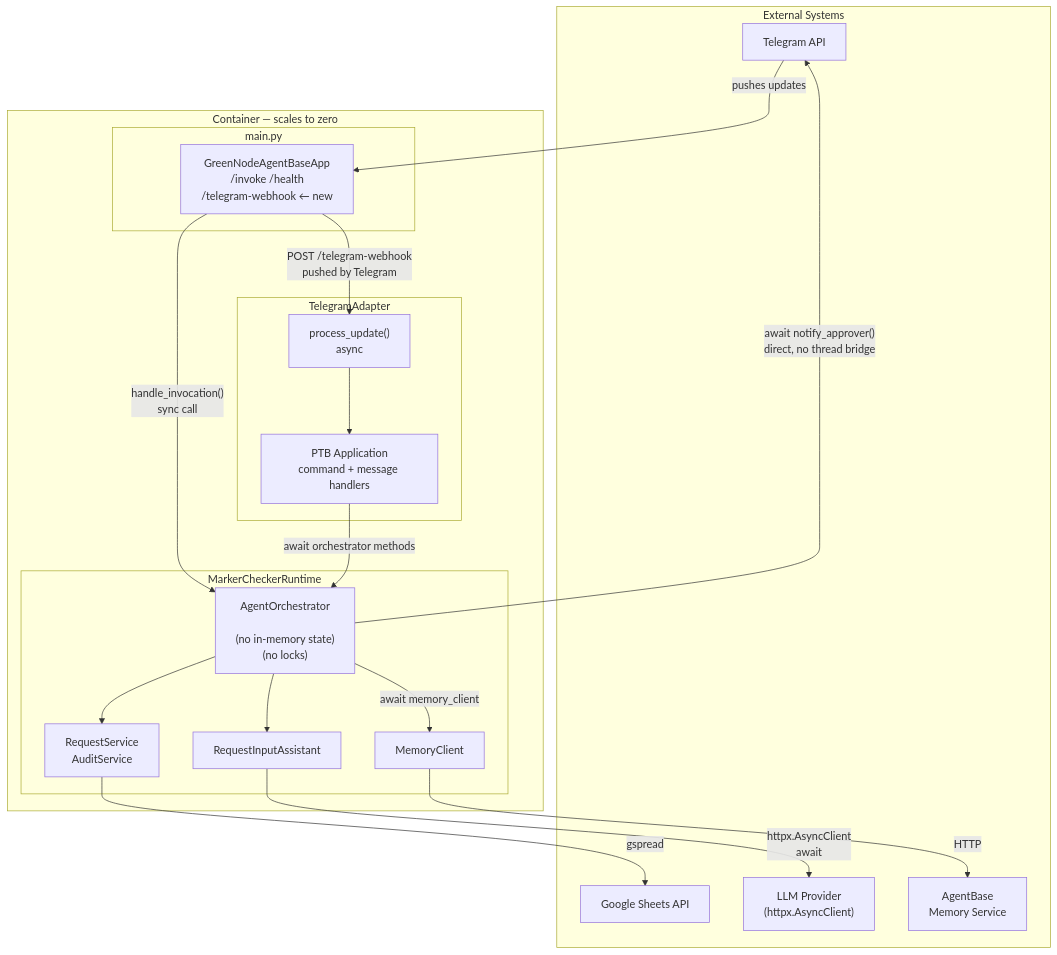
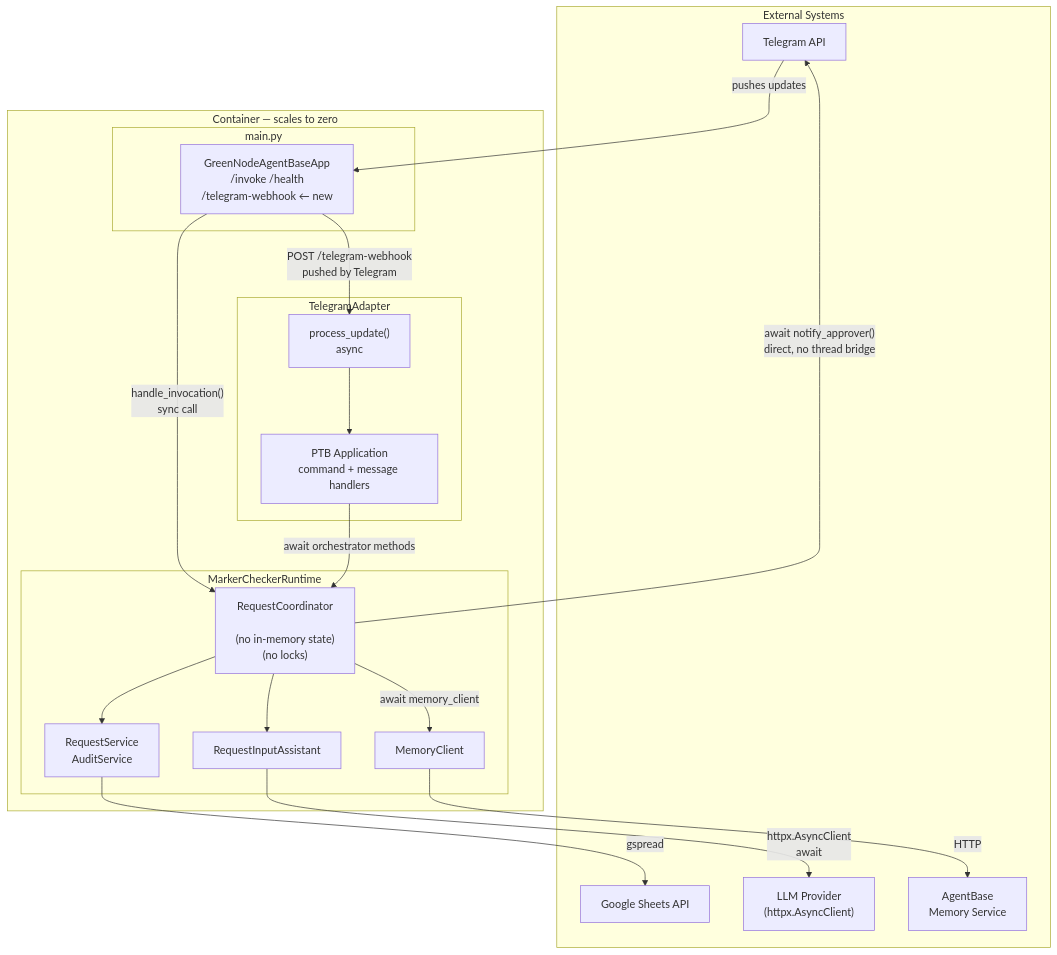
Before and after one commit to nhnhat1208/marker-checker: the fourth of 6 diagrams in docs/technical-design/architecture-diagrams.md, drawn with Mermaid. The commit also changed other lines of this file and 48 other files, not shown here.

````diff
--- a/docs/technical-design/architecture-diagrams.md
+++ b/docs/technical-design/architecture-diagrams.md
@@ -120,40 +122,40 @@
 ```mermaid
 graph TB
     subgraph ext["External Systems"]
         TG["Telegram API"]
         GS["Google Sheets API"]
         LLM["LLM Provider\n(httpx.AsyncClient)"]
         MEM["AgentBase\nMemory Service"]
     end
 
     subgraph container["Container — scales to zero"]
         subgraph main["main.py"]
             AB["GreenNodeAgentBaseApp\n/invoke  /health\n/telegram-webhook  ← new"]
         end
 
         subgraph runtime["MarkerCheckerRuntime"]
-            ORCH["AgentOrchestrator\n\n(no in-memory state)\n(no locks)"]
+            ORCH["RequestCoordinator\n\n(no in-memory state)\n(no locks)"]
             RS["RequestService\nAuditService"]
             AI["RequestInputAssistant"]
             MC["MemoryClient"]
         end
 
         subgraph adapter["TelegramAdapter"]
             PU["process_update()\nasync"]
             PTB["PTB Application\ncommand + message handlers"]
         end
     end
 
     AB -->|"POST /telegram-webhook\npushed by Telegram"| PU
     AB -->|"handle_invocation()\nsync call"| ORCH
     PU --> PTB
     PTB -->|"await orchestrator methods"| ORCH
     ORCH -->|"await memory_client"| MC
     MC -->|"HTTP"| MEM
     ORCH --> RS
     RS -->|"gspread"| GS
     ORCH --> AI
     AI -->|"httpx.AsyncClient\nawait"| LLM
     ORCH -->|"await notify_approver()\ndirect, no thread bridge"| TG
     TG -->|"pushes updates"| AB
 ```
````
